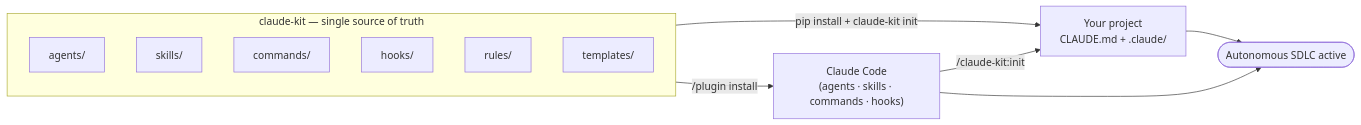
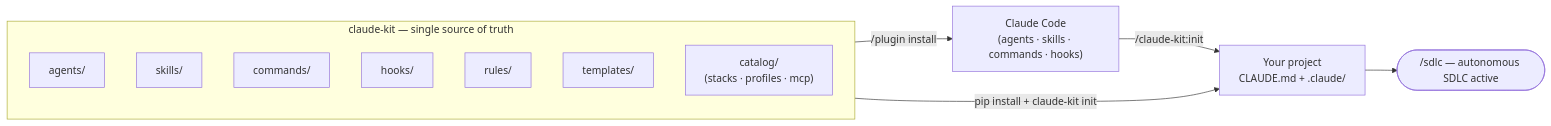
Before and after one commit to ajyadav013/claude-kit: the first of 2 diagrams in README.md, drawn with Mermaid. The commit also changed other lines of this file and 140 other files, not shown here.

First line of the commit message:
feat: reshape claude-kit into a config-only, catalog-driven SDLC scaffolder (0.3.0)

````diff
--- a/README.md
+++ b/README.md
@@ -114,17 +120,17 @@
 ```mermaid
 flowchart LR
     subgraph SRC["claude-kit — single source of truth"]
         direction TB
         A["agents/"]
         S["skills/"]
         C["commands/"]
         H["hooks/"]
         R["rules/"]
         T["templates/"]
+        K["catalog/<br/>(stacks · profiles · mcp)"]
     end
     SRC -->|"pip install + claude-kit init"| PROJ["Your project<br/>CLAUDE.md + .claude/"]
     SRC -->|"/plugin install"| CC["Claude Code<br/>(agents · skills · commands · hooks)"]
     CC -->|"/claude-kit:init"| PROJ
-    PROJ --> RUN(["Autonomous SDLC active"])
-    CC --> RUN
+    PROJ --> RUN(["/sdlc — autonomous SDLC active"])
 ```
````
